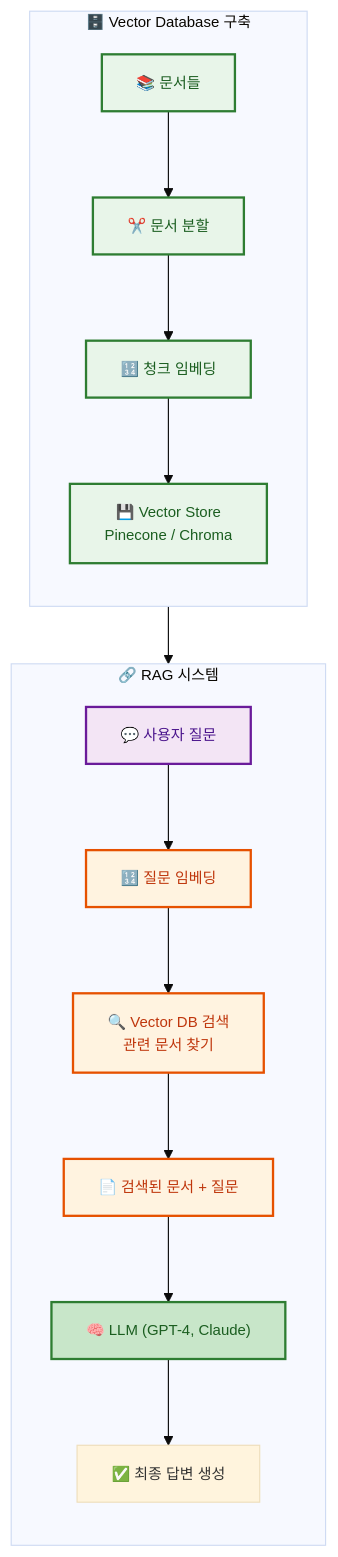
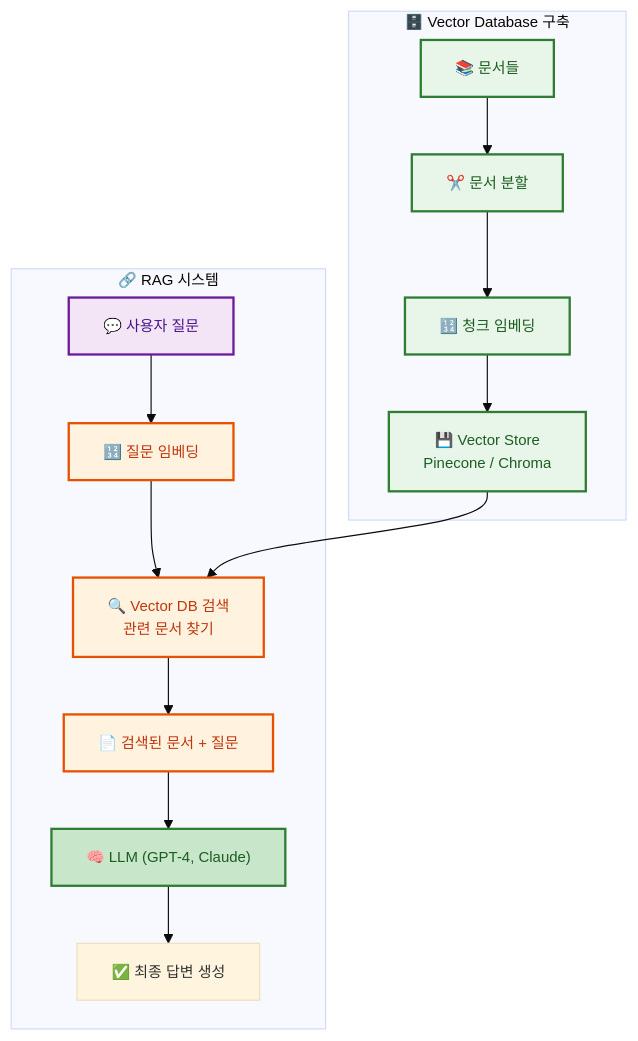
Diagram 13 of 18 in ai-programming/README.md (jingu279/Document), drawn with Mermaid before and after one commit. The commit also changed other lines of this file, not shown here.

First line of the commit message:
Fix all 18 README Mermaid figures: remove redundant direction, edges inside subgraphs

````diff
--- a/ai-programming/README.md
+++ b/ai-programming/README.md
@@ -504,38 +499,36 @@
 ```mermaid
 %%{init: {'theme': 'base', 'themeVariables': {'fontSize': '13px'}}}%%
 flowchart TB
   subgraph RAG[🔗 RAG 시스템]
-    direction TB
     Q2["💬 사용자 질문"]
     EmbedQ["🔢 질문 임베딩"]
     Search
     Context["📄 검색된 문서 + 질문"]
     LLM["🧠 LLM (GPT-4, Claude)"]
     Answer["✅ 최종 답변 생성"]
   end
 
   Q2 --> EmbedQ --> Search --> Context --> LLM --> Answer
 
   Search["🔍 Vector DB 검색<br/>관련 문서 찾기"]
   Store["💾 Vector Store<br/>Pinecone / Chroma"]
 
   subgraph VectorDB[🗄️ Vector Database 구축]
-    direction TB
     Docs["📚 문서들"]
     Chunk["✂️ 문서 분할"]
     EmbedD["🔢 청크 임베딩"]
     Store
   end
 
   Docs --> Chunk --> EmbedD --> Store
   Store --> Search
 
   classDef user fill:#f3e5f5,stroke:#6a1b9a,stroke-width:2px,color:#4a148c
   classDef proc fill:#fff3e0,stroke:#e65100,stroke-width:2px,color:#bf360c
   classDef db fill:#e8f5e9,stroke:#2e7d32,stroke-width:2px,color:#1b5e20
   classDef answer fill:#c8e6c9,stroke:#2e7d32,stroke-width:2px,color:#1b5e20
   class Q2 user
   class EmbedQ,Search,Context proc
   class LLM answer
   class Docs,Chunk,EmbedD,Store db
 ```
````
